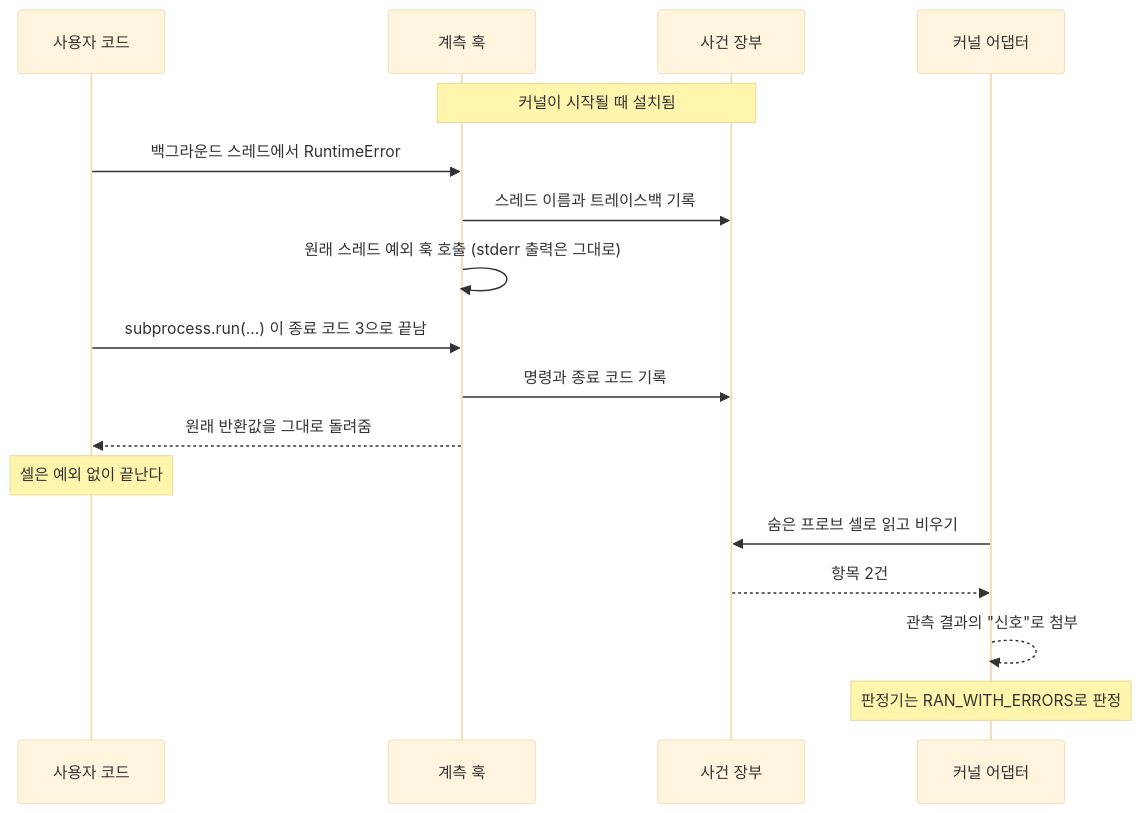
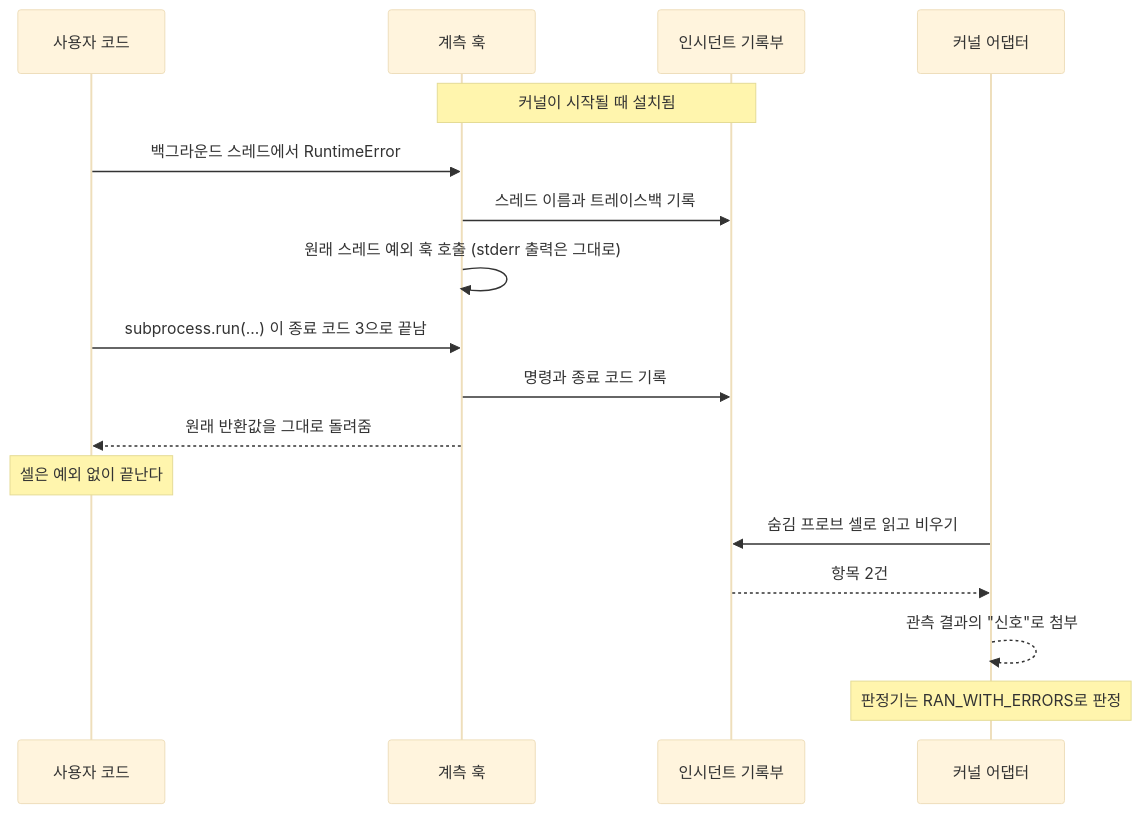
The fifth of 11 diagrams in lectures/03-architecture/02-dynamic-view.md (HaJaehee/AirGappedPySandbox), drawn with Mermaid (base theme) before and after one commit. The commit also changed other lines of this file and 25 other files, not shown here.

First line of the commit message:
DOCS: 교육자료(lectures) 및 다이어그램 한국어 표현 전수 조사 및 표준 기술 용어 정제

````diff
--- a/lectures/03-architecture/02-dynamic-view.md
+++ b/lectures/03-architecture/02-dynamic-view.md
@@ -171,20 +171,20 @@
 ```mermaid
 sequenceDiagram
     participant U as 사용자 코드
     participant H as 계측 훅
-    participant L as 사건 장부
+    participant L as 인시던트 기록부
     participant K as 커널 어댑터
 
     Note over H,L: 커널이 시작될 때 설치됨
     U->>H: 백그라운드 스레드에서 RuntimeError
     H->>L: 스레드 이름과 트레이스백 기록
     H->>H: 원래 스레드 예외 훅 호출 (stderr 출력은 그대로)
     U->>H: subprocess.run(...) 이 종료 코드 3으로 끝남
     H->>L: 명령과 종료 코드 기록
     H-->>U: 원래 반환값을 그대로 돌려줌
     Note over U: 셀은 예외 없이 끝난다
-    K->>L: 숨은 프로브 셀로 읽고 비우기
+    K->>L: 숨김 프로브 셀로 읽고 비우기
     L-->>K: 항목 2건
     K-->>K: 관측 결과의 "신호"로 첨부
     Note over K: 판정기는 RAN_WITH_ERRORS로 판정
 ```
````
